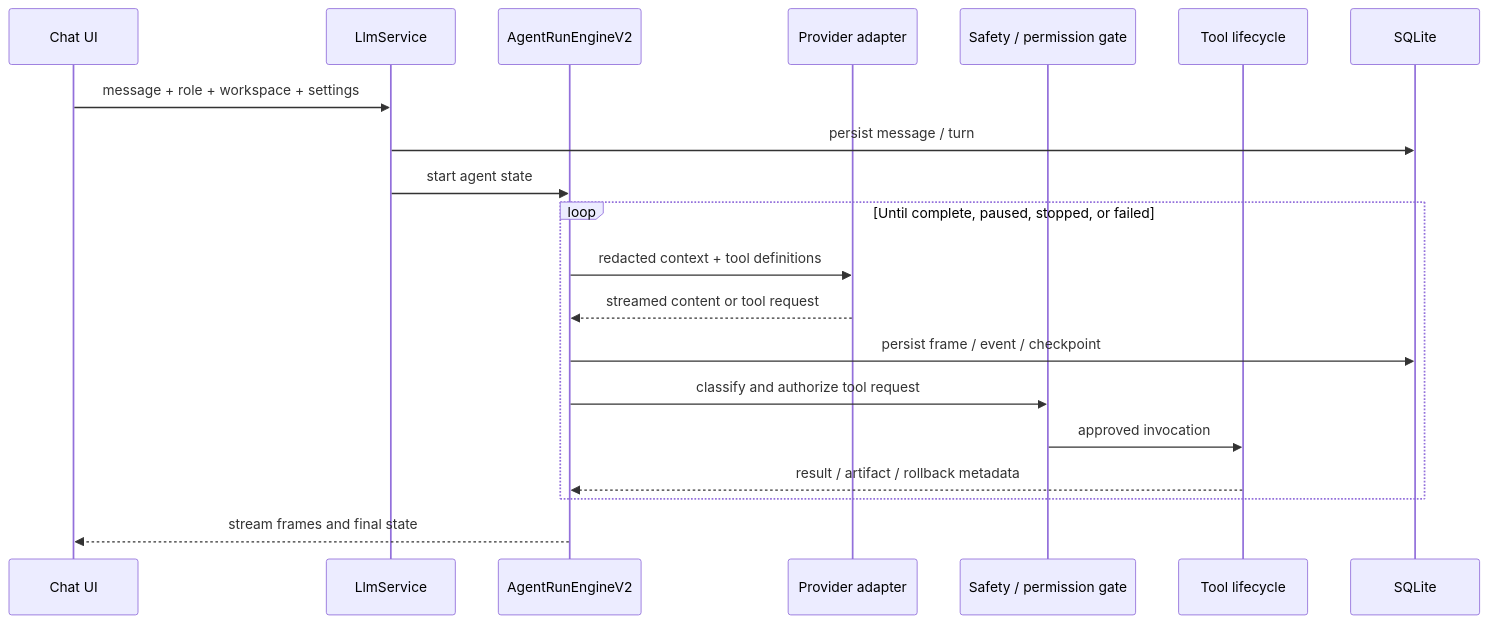
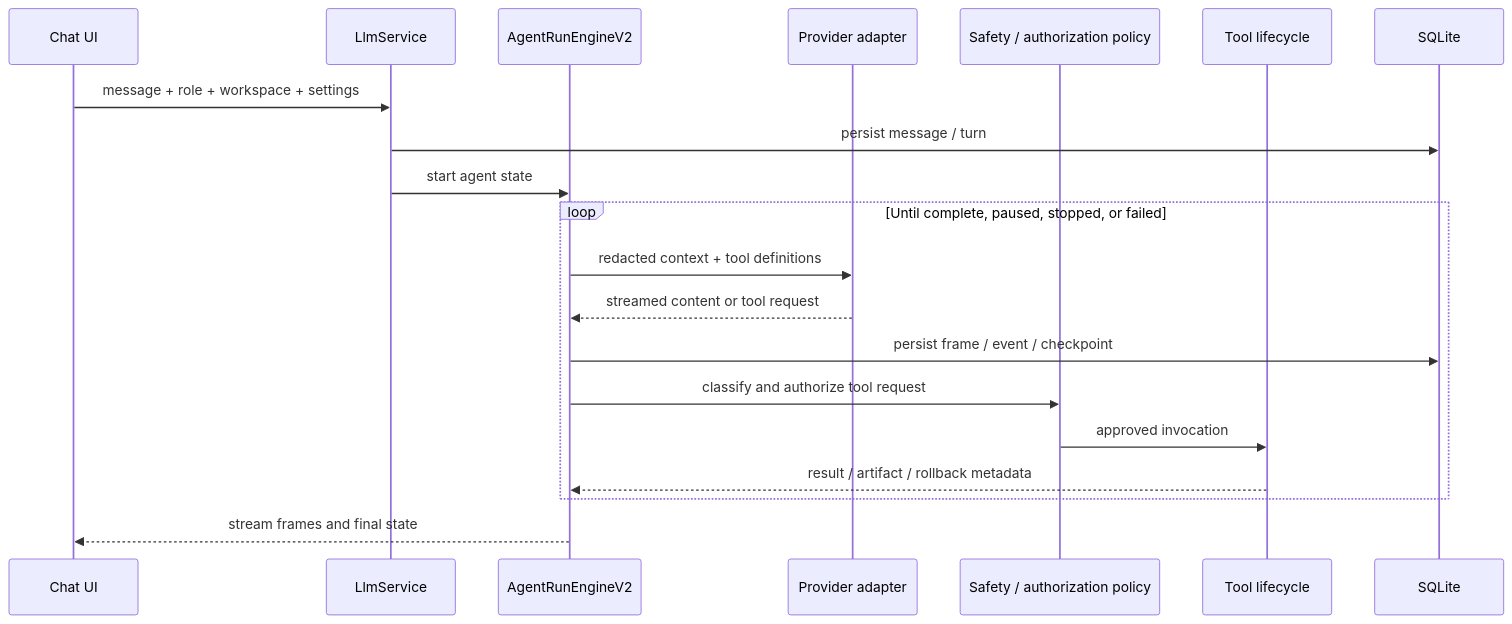
One commit to 24373054/TLAH-Studio changed the second of 4 diagrams in docs/ARCHITECTURE.md. Above: the diagram before and after it, drawn with Mermaid. The commit also changed other lines of this file and 11 other files, not shown here.

````diff
--- a/docs/ARCHITECTURE.md
+++ b/docs/ARCHITECTURE.md
@@ -44,23 +44,23 @@
 ```mermaid
 sequenceDiagram
     participant UI as Chat UI
     participant L as LlmService
     participant E as AgentRunEngineV2
     participant P as Provider adapter
-    participant G as Safety / permission gate
+    participant G as Safety / authorization policy
     participant T as Tool lifecycle
     participant D as SQLite
 
     UI->>L: message + role + workspace + settings
     L->>D: persist message / turn
     L->>E: start agent state
     loop Until complete, paused, stopped, or failed
         E->>P: redacted context + tool definitions
         P-->>E: streamed content or tool request
         E->>D: persist frame / event / checkpoint
         E->>G: classify and authorize tool request
         G->>T: approved invocation
         T-->>E: result / artifact / rollback metadata
     end
     E-->>UI: stream frames and final state
 ```
````
